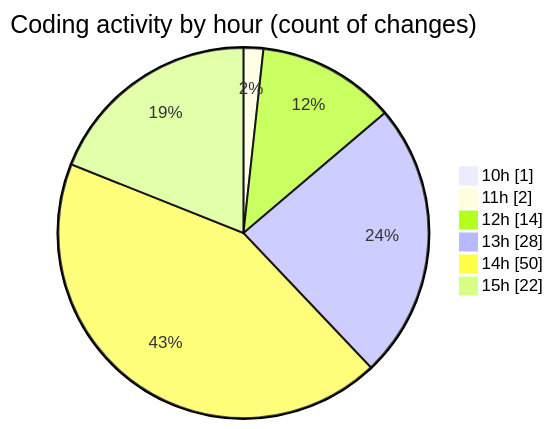
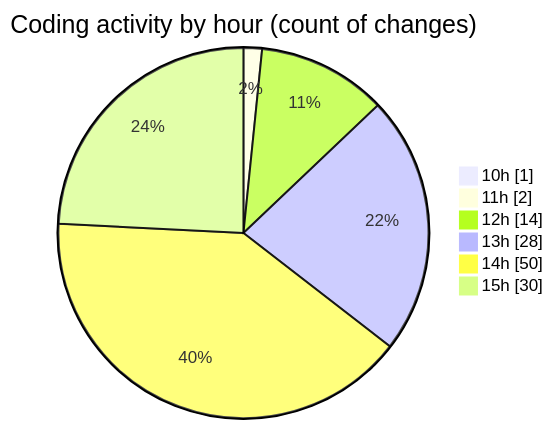
The second of 2 diagrams in 2026-11-02/cda/README.md (momahboobian/code-tracking), drawn with Mermaid before and after one commit. The commit also changed other lines of this file and 1 other file, not shown here.

````diff
--- a/2026-11-02/cda/README.md
+++ b/2026-11-02/cda/README.md
@@ -62,10 +66,10 @@
 ```mermaid
 pie showData
 title Coding activity by hour (count of changes)
 "10h" : 1
 "11h" : 2
 "12h" : 14
 "13h" : 28
 "14h" : 50
-"15h" : 22
+"15h" : 30
 ```
````
